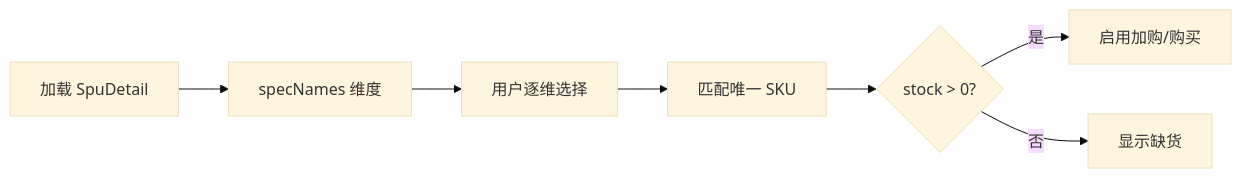
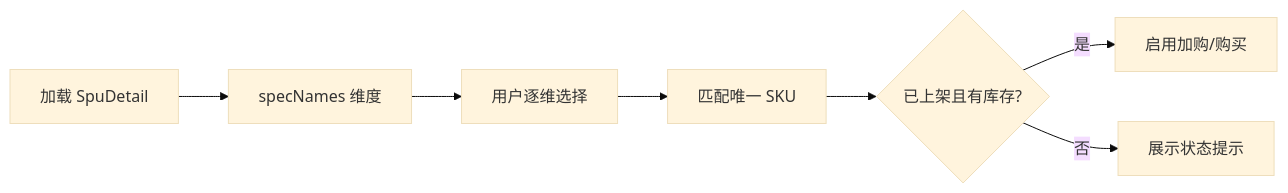
One commit to qualc-new/SimpleMall changed the diagram in docs/Web商城开发设计文档.md. Above: the diagram before and after it, drawn with Mermaid (base theme). The commit also changed other lines of this file and 43 other files, not shown here.

````diff
--- a/docs/Web商城开发设计文档.md
+++ b/docs/Web商城开发设计文档.md
@@ -112,9 +112,9 @@
 ```mermaid
 flowchart LR
   A[加载 SpuDetail] --> B[specNames 维度]
   B --> C[用户逐维选择]
   C --> D[匹配唯一 SKU]
-  D --> E{stock > 0?}
+  D --> E{已上架且有库存?}
   E -->|是| F[启用加购/购买]
-  E -->|否| G[显示缺货]
+  E -->|否| G[展示状态提示]
 ```
````
